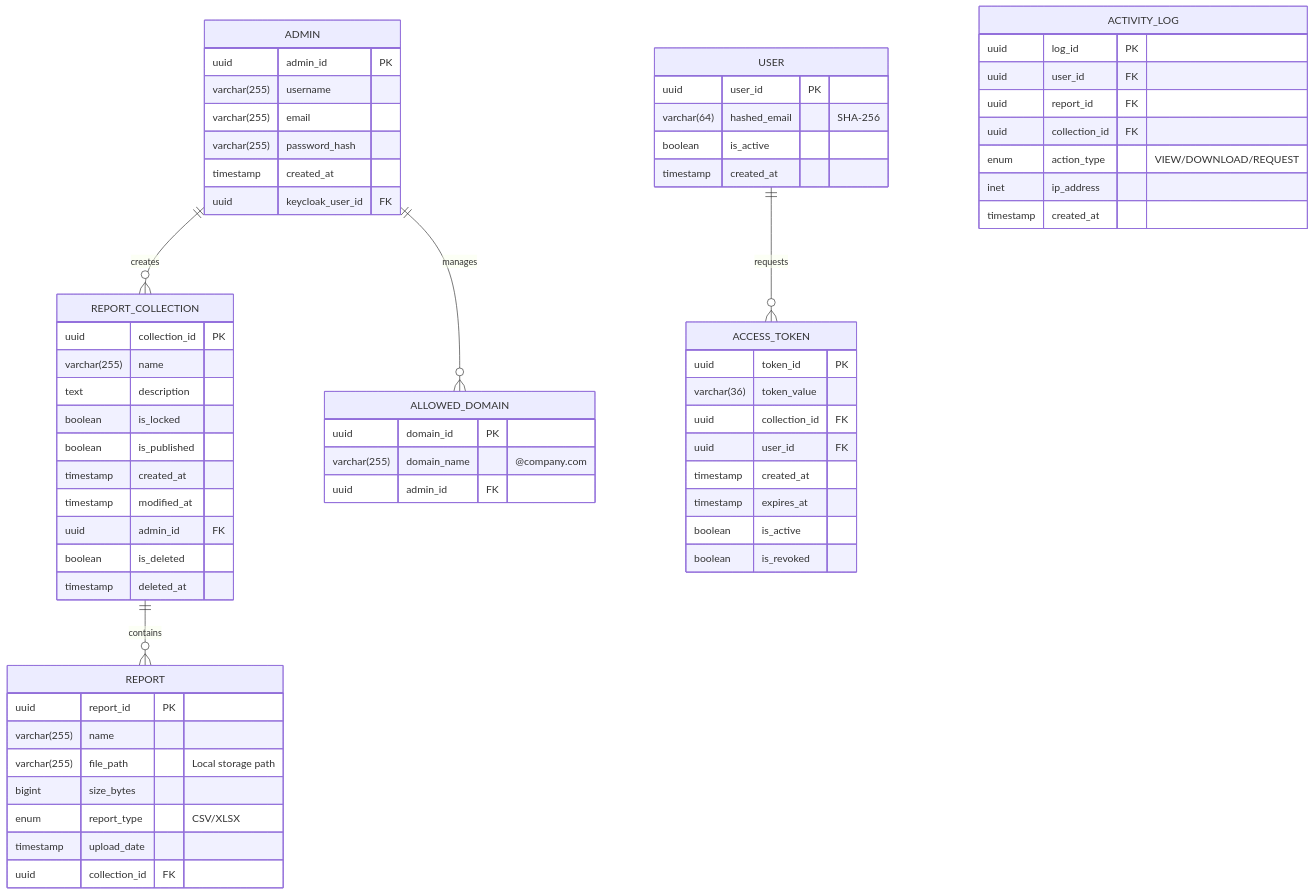
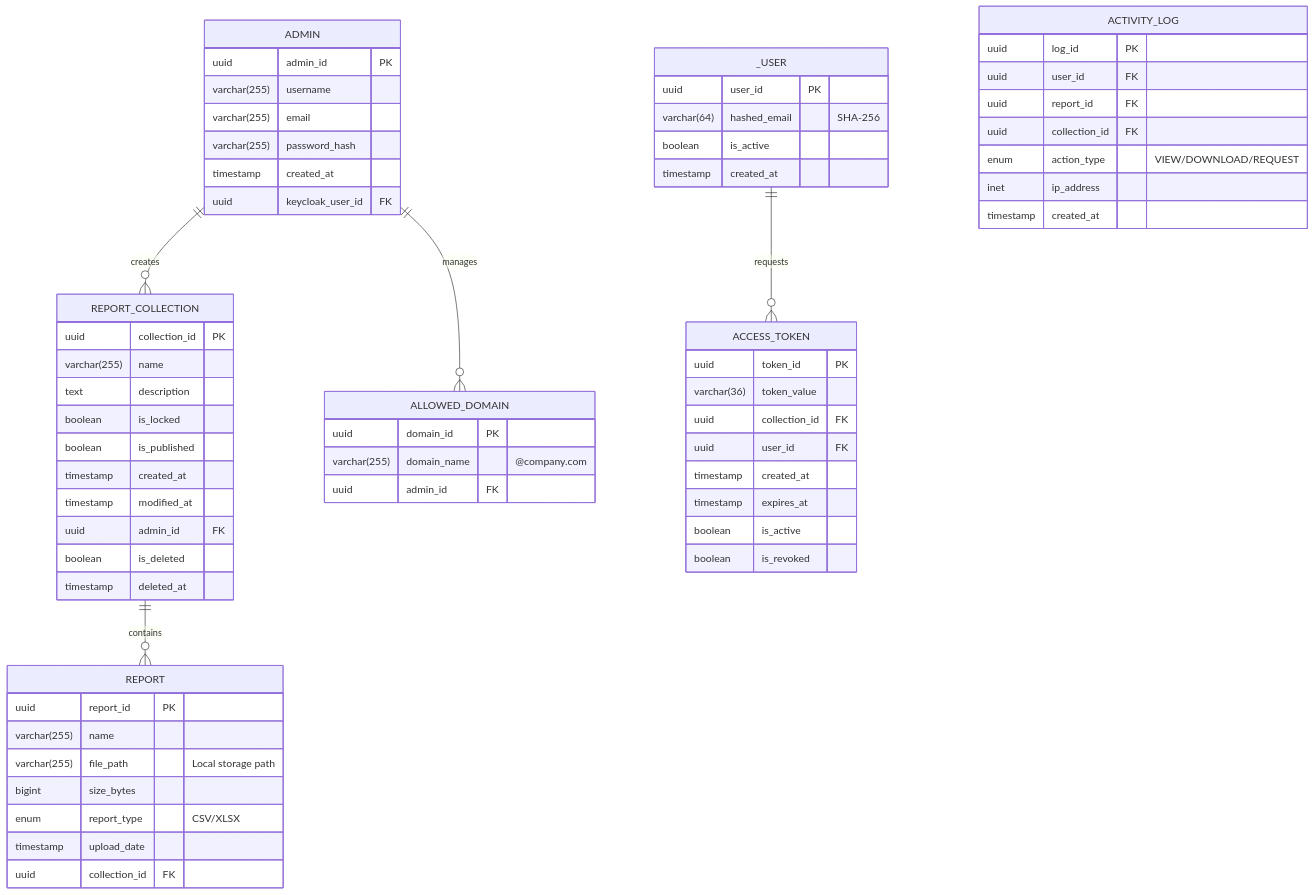
The diagram in replocker-plan/uml_diagram_models/er-model.mmd (davakinyemi/replocker), drawn with Mermaid before and after one commit. The commit also changed 4 other files, not shown here.

```diff
--- a/replocker-plan/uml_diagram_models/er-model.mmd
+++ b/replocker-plan/uml_diagram_models/er-model.mmd
@@ -1,72 +1,72 @@
 erDiagram
     ADMIN ||--o{ REPORT_COLLECTION : creates
     ADMIN {
         uuid admin_id PK
         varchar(255) username
         varchar(255) email
         varchar(255) password_hash
         timestamp created_at
         uuid keycloak_user_id FK
     }
     
-    USER ||--o{ ACCESS_TOKEN : requests
-    USER {
+    _USER ||--o{ ACCESS_TOKEN : requests
+    _USER {
         uuid user_id PK
         varchar(64) hashed_email "SHA-256"
         boolean is_active
         timestamp created_at
     }
     
     REPORT_COLLECTION ||--o{ REPORT : contains
     REPORT_COLLECTION {
         uuid collection_id PK
         varchar(255) name
         text description
         boolean is_locked
         boolean is_published
         timestamp created_at
         timestamp modified_at
         uuid admin_id FK
         boolean is_deleted
         timestamp deleted_at
     }
     
     REPORT {
         uuid report_id PK
         varchar(255) name
         varchar(255) file_path "Local storage path"
         bigint size_bytes
         enum report_type "CSV/XLSX"
         timestamp upload_date
         uuid collection_id FK
     }
     
     ACCESS_TOKEN {
         uuid token_id PK
         varchar(36) token_value
         uuid collection_id FK
         uuid user_id FK
         timestamp created_at
         timestamp expires_at
         boolean is_active
         boolean is_revoked
     }
     
     ALLOWED_DOMAIN {
         uuid domain_id PK
         varchar(255) domain_name "@company.com"
         uuid admin_id FK
     }
     
     ACTIVITY_LOG {
         uuid log_id PK
         uuid user_id FK
         uuid report_id FK
         uuid collection_id FK
         enum action_type "VIEW/DOWNLOAD/REQUEST"
         inet ip_address
         timestamp created_at
     }
     
     ADMIN ||--o{ ALLOWED_DOMAIN : manages
     %% ACCESS_TOKEN ||--|| REPORT_COLLECTION : access
```
